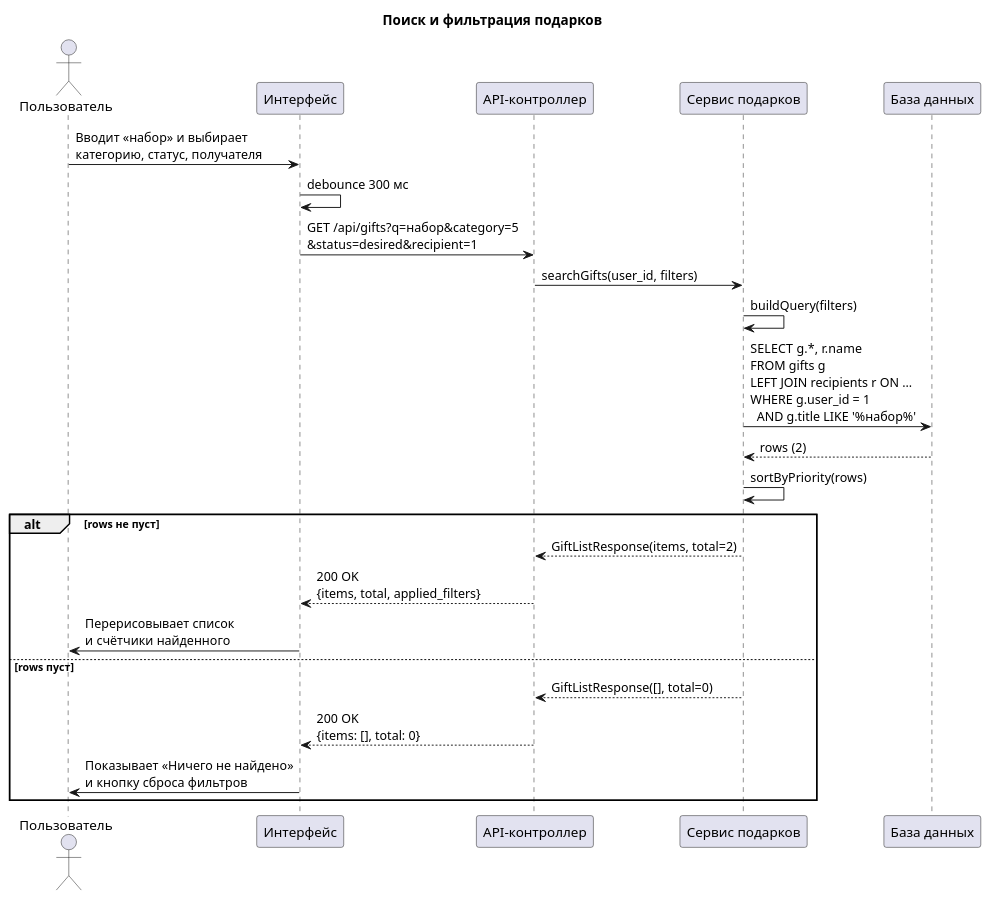
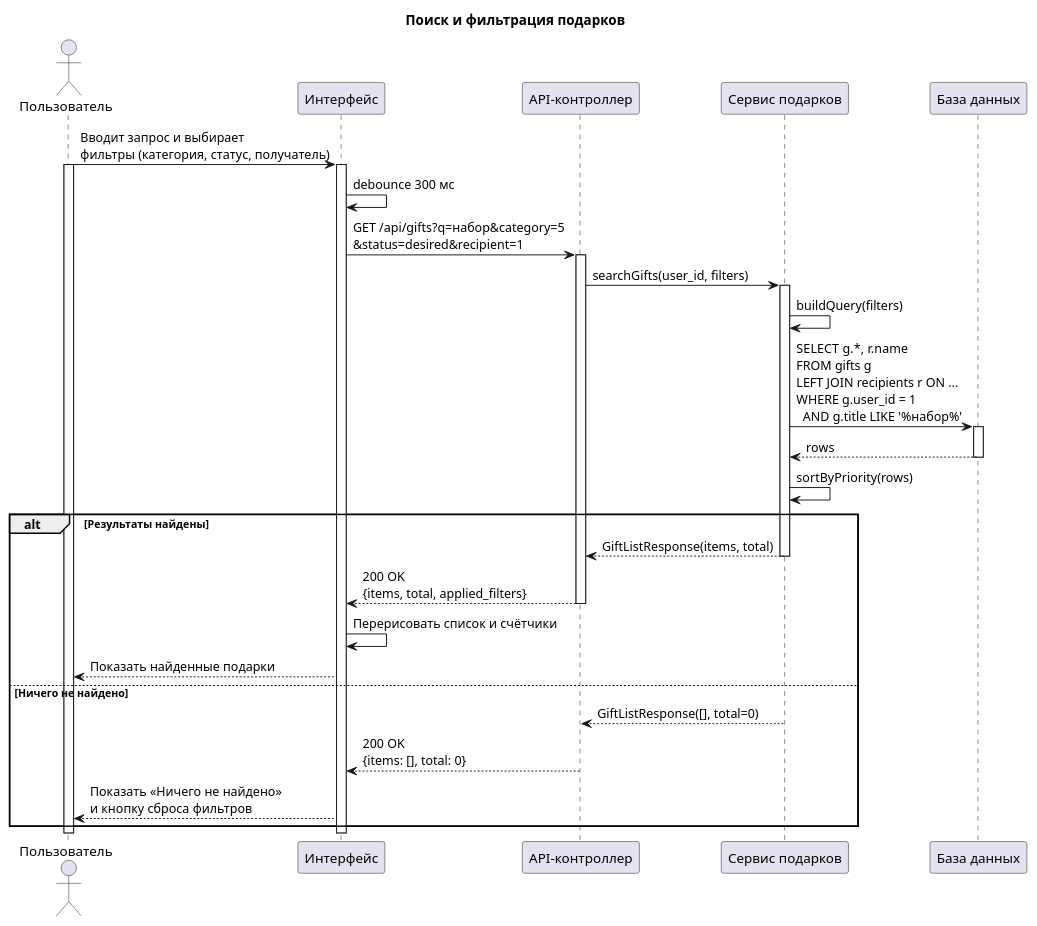
Before and after one commit to dimasutjrin-coder/Planirivhik-podarkov: the diagram in docs/behavior/sequence/filter_gifts_sequence.puml, drawn with PlantUML. The commit also changed 15 other files, not shown here.

Commit message:
docs: PlantUML-диаграммы с активациями и обновлённая документация поведения (ЛР5)

```diff
--- a/docs/behavior/sequence/filter_gifts_sequence.puml
+++ b/docs/behavior/sequence/filter_gifts_sequence.puml
@@ -1,32 +1,45 @@
 @startuml Filter_Gifts_Sequence
 ' Сценарий 3: поиск и фильтрация подарков
-' Рендер: plantuml -tpng filter_gifts_sequence.puml
+' Рендер: plantuml -tpng -tsvg filter_gifts_sequence.puml
 
 title Поиск и фильтрация подарков
 
 actor "Пользователь" as User
 participant "Интерфейс" as UI
 participant "API-контроллер" as Controller
 participant "Сервис подарков" as GiftService
 participant "База данных" as DB
 
-User -> UI: Вводит «набор» и выбирает\nкатегорию, статус, получателя
+User -> UI: Вводит запрос и выбирает\nфильтры (категория, статус, получатель)
+activate User
+activate UI
 UI -> UI: debounce 300 мс
 UI -> Controller: GET /api/gifts?q=набор&category=5\n&status=desired&recipient=1
+activate Controller
 Controller -> GiftService: searchGifts(user_id, filters)
+activate GiftService
 GiftService -> GiftService: buildQuery(filters)
 GiftService -> DB: SELECT g.*, r.name\nFROM gifts g\nLEFT JOIN recipients r ON ...\nWHERE g.user_id = 1\n  AND g.title LIKE '%набор%'
-DB --> GiftService: rows (2)
+activate DB
+DB --> GiftService: rows
+deactivate DB
 GiftService -> GiftService: sortByPriority(rows)
 
-alt rows не пуст
-  GiftService --> Controller: GiftListResponse(items, total=2)
+alt Результаты найдены
+  GiftService --> Controller: GiftListResponse(items, total)
+  deactivate GiftService
   Controller --> UI: 200 OK\n{items, total, applied_filters}
-  UI -> User: Перерисовывает список\nи счётчики найденного
-else rows пуст
+  deactivate Controller
+  UI -> UI: Перерисовать список и счётчики
+  UI --> User: Показать найденные подарки
+else Ничего не найдено
   GiftService --> Controller: GiftListResponse([], total=0)
+  deactivate GiftService
   Controller --> UI: 200 OK\n{items: [], total: 0}
-  UI -> User: Показывает «Ничего не найдено»\nи кнопку сброса фильтров
+  deactivate Controller
+  UI --> User: Показать «Ничего не найдено»\nи кнопку сброса фильтров
 end
 
+deactivate UI
+deactivate User
 @enduml
```
